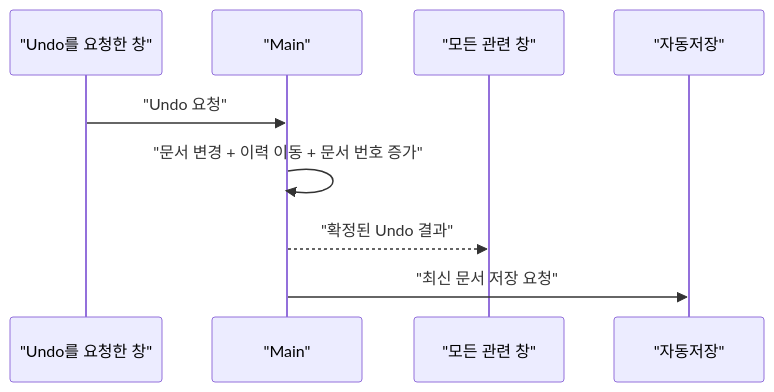
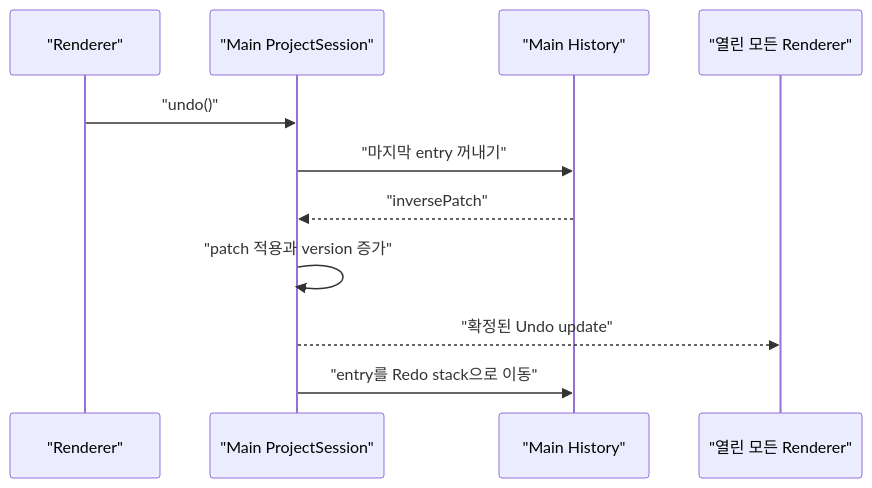
One commit to whizzkid1452/blog changed the first of 2 diagrams in content/posts/electron-main-process-undo-redo.md. Above: the diagram before and after it, drawn with Mermaid. The commit also changed other lines of this file and 5 other files, not shown here.

````diff
--- a/content/posts/electron-main-process-undo-redo.md
+++ b/content/posts/electron-main-process-undo-redo.md
@@ -103,12 +122,14 @@
 ```mermaid
 sequenceDiagram
-  participant R as "Undo를 요청한 창"
-  participant M as "Main"
-  participant V as "모든 관련 창"
-  participant S as "자동저장"
+  participant R as "Renderer"
+  participant S as "Main ProjectSession"
+  participant H as "Main History"
+  participant V as "열린 모든 Renderer"
 
-  R->>M: "Undo 요청"
-  M->>M: "문서 변경 + 이력 이동 + 문서 번호 증가"
-  M-->>V: "확정된 Undo 결과"
-  M->>S: "최신 문서 저장 요청"
+  R->>S: "undo()"
+  S->>H: "마지막 entry 꺼내기"
+  H-->>S: "inversePatch"
+  S->>S: "patch 적용과 version 증가"
+  S-->>V: "확정된 Undo update"
+  S->>H: "entry를 Redo stack으로 이동"
 ```
````
